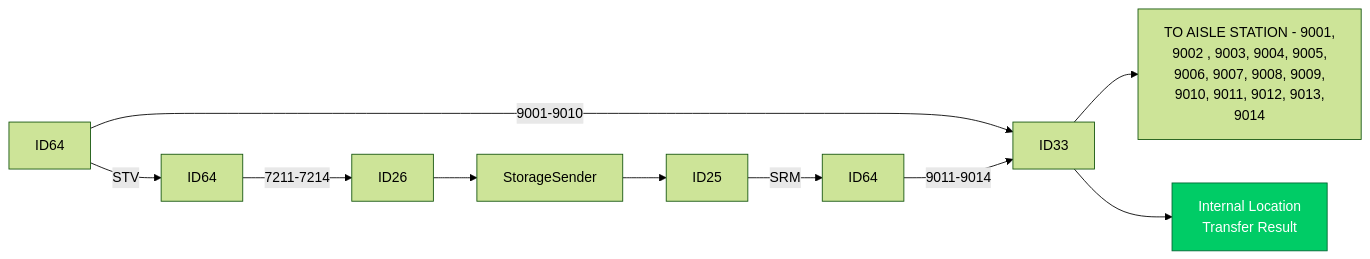
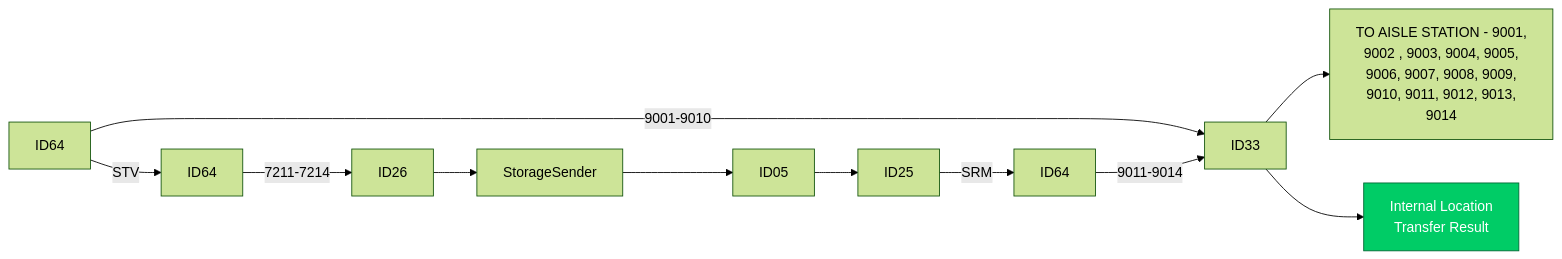
The third of 23 diagrams in Basic-Design/DFD-WMS/Retrieval/QC-Setting/QC-Work-from-Retrieval-for-QC-Start.md (luthfiadityaa/SimeDarby-Wiki), drawn with Mermaid (forest theme) before and after one commit.

Commit message:
Updated QC Work from Retrieval for QC Start

```diff
--- a/Basic-Design/DFD-WMS/Retrieval/QC-Setting/QC-Work-from-Retrieval-for-QC-Start.md
+++ b/Basic-Design/DFD-WMS/Retrieval/QC-Setting/QC-Work-from-Retrieval-for-QC-Start.md
@@ -30,20 +30,20 @@
 ::: mermaid
 flowchart LR 
-P18[ID64]--> |STV| P19[ID64]--> |7211-7214| P20[ID26]-->P21[StorageSender]-->P22[ID25]--> |SRM| P23[ID64]
+P18[ID64]--> |STV| P19[ID64]--> |7211-7214| P20[ID26]-->P21[StorageSender]-->P212[ID05]-->P22[ID25]--> |SRM| P23[ID64]
 
 P18[ID64]--> |9001-9010| P14[ID33]
 P23[ID64]--> |9011-9014| P14[ID33]
 
 P14[ID33]-->P1[TO AISLE STATION - 9001, 
 9002 , 9003, 9004, 9005, 
 9006, 9007, 9008, 9009, 
 9010, 9011, 9012, 9013, 
 9014]
 
 P14[ID33]-->P25[Internal Location 
 Transfer Result]
 
 click P25 "https://dev.azure.com/Daifuku-SW/ID_SimeDarbyPlantation/_wiki/wikis/ID_SimeDarbyPlantation.wiki/844/Internal-Location-Transfer-Result" "Go to ID26"
 style P25 fill:#00cc66,stroke:#006633,color:#ffffff
 
 :::
```
